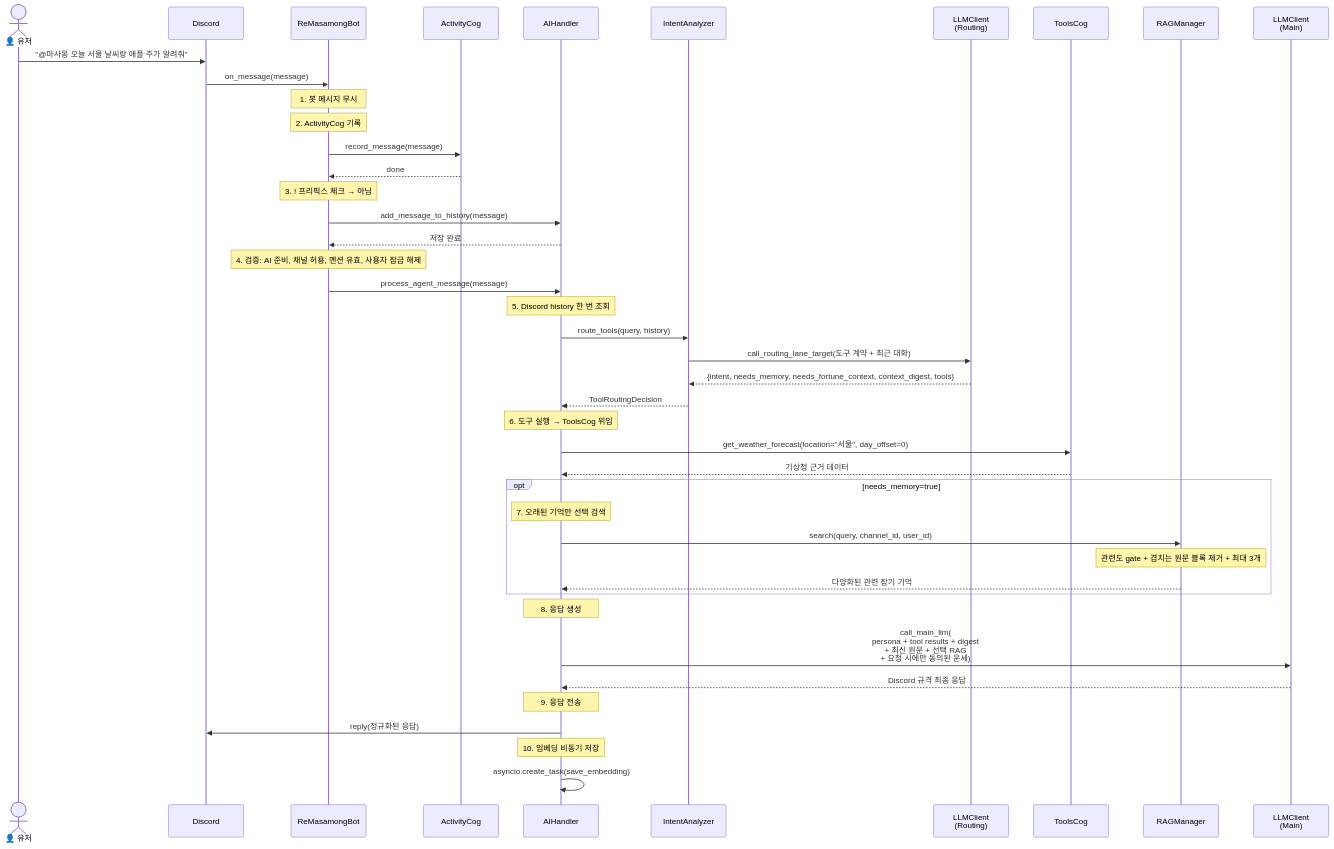
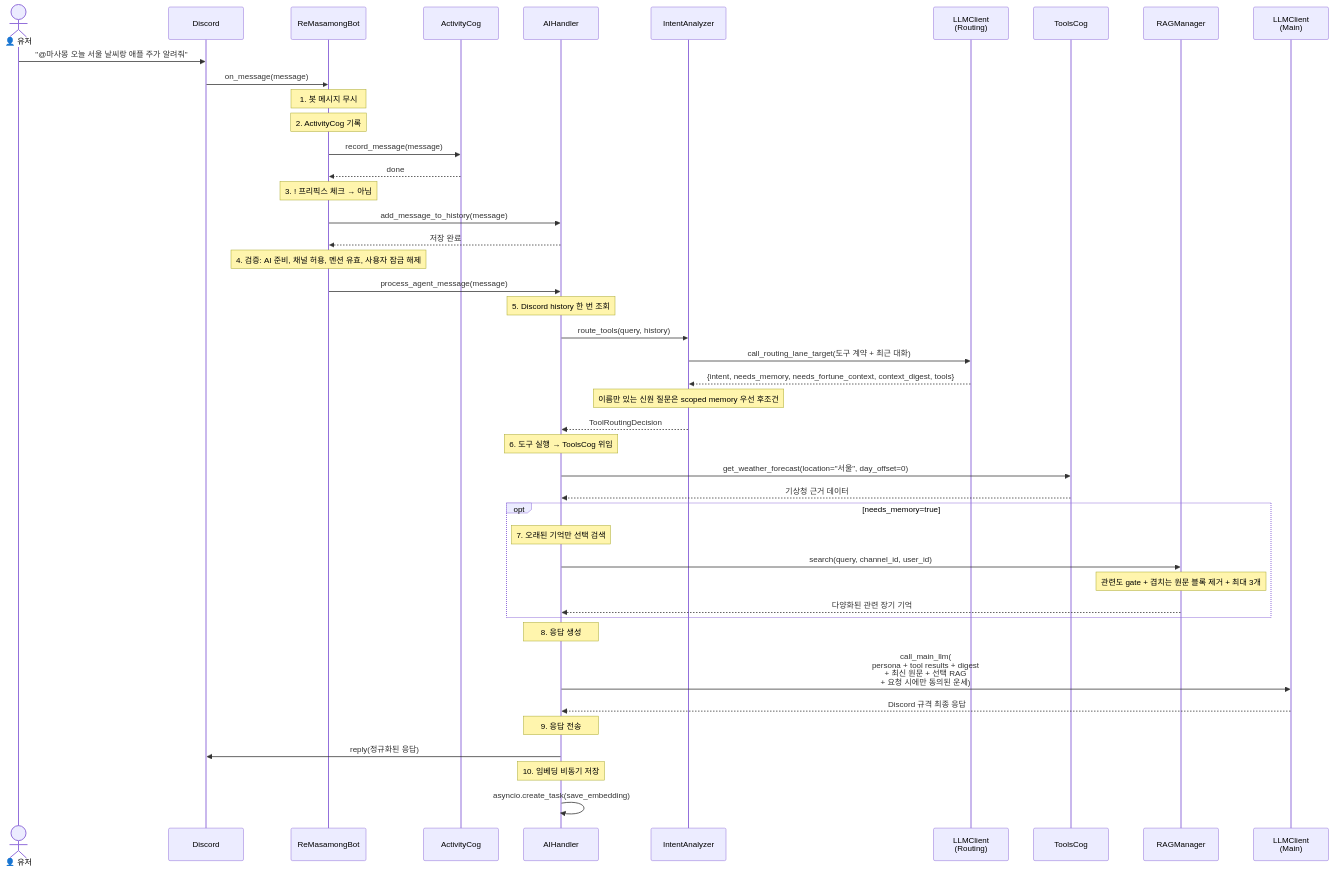
The eighth of 15 diagrams in docs/ARCHITECTURE.ko.md (kim0040/masamong), drawn with Mermaid before and after one commit. The commit also changed 6 other files, not shown here.

````diff
--- a/docs/ARCHITECTURE.ko.md
+++ b/docs/ARCHITECTURE.ko.md
@@ -324,61 +324,62 @@
 ```mermaid
 sequenceDiagram
     actor User as 👤 유저
     participant Discord as Discord
     participant Bot as ReMasamongBot
     participant Activity as ActivityCog
     participant AI as AIHandler
     participant Intent as IntentAnalyzer
     participant LLMR as LLMClient<br/>(Routing)
     participant Tools as ToolsCog
     participant RAG as RAGManager
     participant LLMM as LLMClient<br/>(Main)
 
     User->>Discord: "@마사몽 오늘 서울 날씨랑 애플 주가 알려줘"
     Discord->>Bot: on_message(message)
 
     Note over Bot: 1. 봇 메시지 무시
     Note over Bot: 2. ActivityCog 기록
 
     Bot->>Activity: record_message(message)
     Activity-->>Bot: done
 
     Note over Bot: 3. ! 프리픽스 체크 → 아님
 
     Bot->>AI: add_message_to_history(message)
     AI-->>Bot: 저장 완료
 
     Note over Bot: 4. 검증: AI 준비, 채널 허용, 멘션 유효, 사용자 잠금 해제
 
     Bot->>AI: process_agent_message(message)
 
     Note over AI: 5. Discord history 한 번 조회
     AI->>Intent: route_tools(query, history)
     Intent->>LLMR: call_routing_lane_target(도구 계약 + 최근 대화)
     LLMR-->>Intent: {intent, needs_memory, needs_fortune_context, context_digest, tools}
+    Note over Intent: 이름만 있는 신원 질문은 scoped memory 우선 후조건
     Intent-->>AI: ToolRoutingDecision
 
     Note over AI: 6. 도구 실행 → ToolsCog 위임
 
     AI->>Tools: get_weather_forecast(location="서울", day_offset=0)
     Tools-->>AI: 기상청 근거 데이터
 
     opt needs_memory=true
         Note over AI: 7. 오래된 기억만 선택 검색
         AI->>RAG: search(query, channel_id, user_id)
         Note over RAG: 관련도 gate + 겹치는 원문 블록 제거 + 최대 3개
         RAG-->>AI: 다양화된 관련 장기 기억
     end
 
     Note over AI: 8. 응답 생성
 
     AI->>LLMM: call_main_llm(<br/>persona + tool results + digest<br/>+ 최신 원문 + 선택 RAG<br/>+ 요청 시에만 동의된 운세)
     LLMM-->>AI: Discord 규격 최종 응답
 
     Note over AI: 9. 응답 전송
 
     AI->>Discord: reply(정규화된 응답)
 
     Note over AI: 10. 임베딩 비동기 저장
     AI->>AI: asyncio.create_task(save_embedding)
 ```
````
